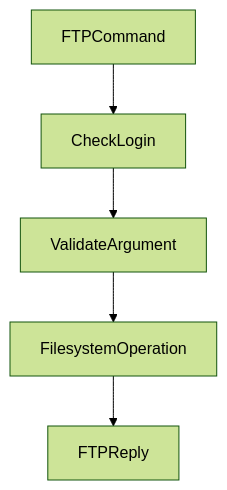
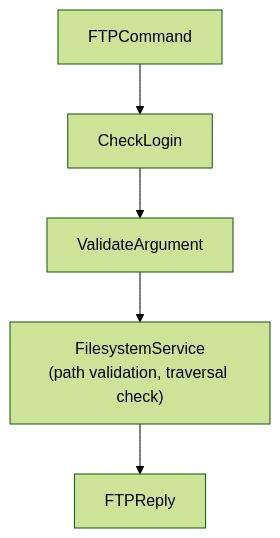
The fourth of 6 diagrams in docs/report_role_a_week2.md (DrakyNeUwU/Hybrid-FTP-Socket), drawn with Mermaid (forest theme) before and after one commit. The commit also changed other lines of this file and 6 other files, not shown here.

````diff
--- a/docs/report_role_a_week2.md
+++ b/docs/report_role_a_week2.md
@@ -299,21 +266,11 @@
 ```mermaid
 flowchart TD
 
-FTPCommand
+FTPCommand --> CheckLogin
 
--->
+CheckLogin --> ValidateArgument
 
-CheckLogin
+ValidateArgument --> FilesystemOperation["FilesystemService\n(path validation, traversal check)"]
 
--->
-
-ValidateArgument
-
--->
-
-FilesystemOperation
-
--->
-
-FTPReply
+FilesystemOperation --> FTPReply
 ```
````
